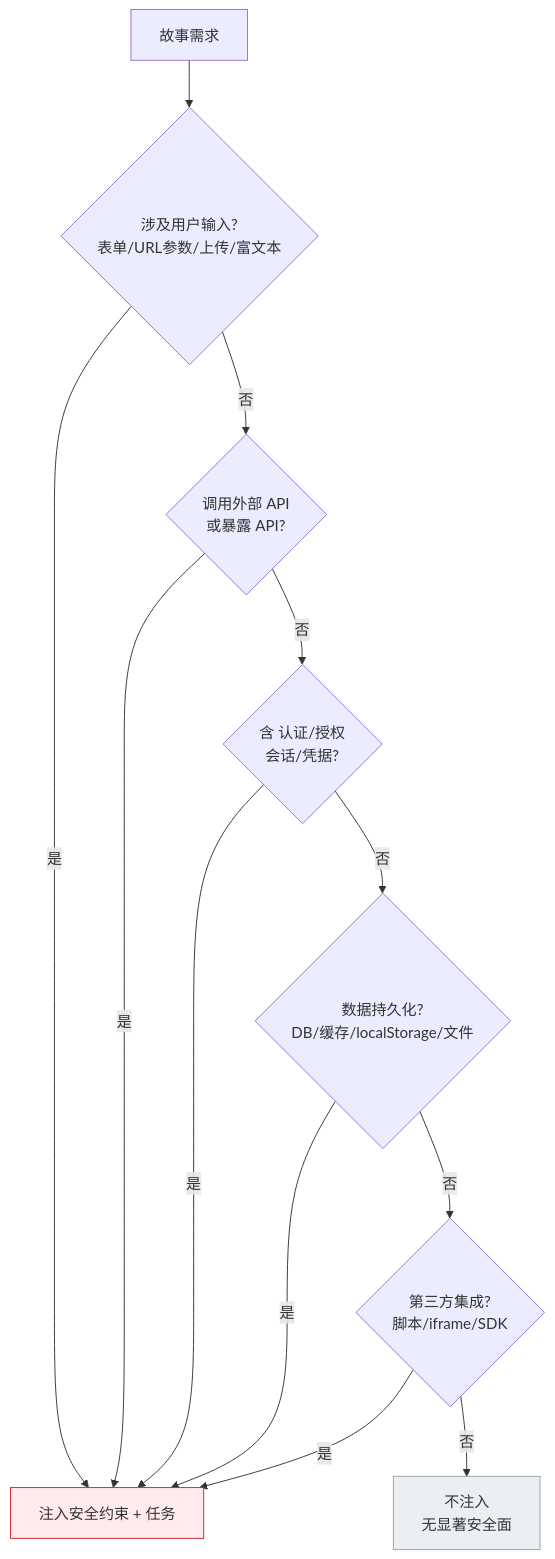
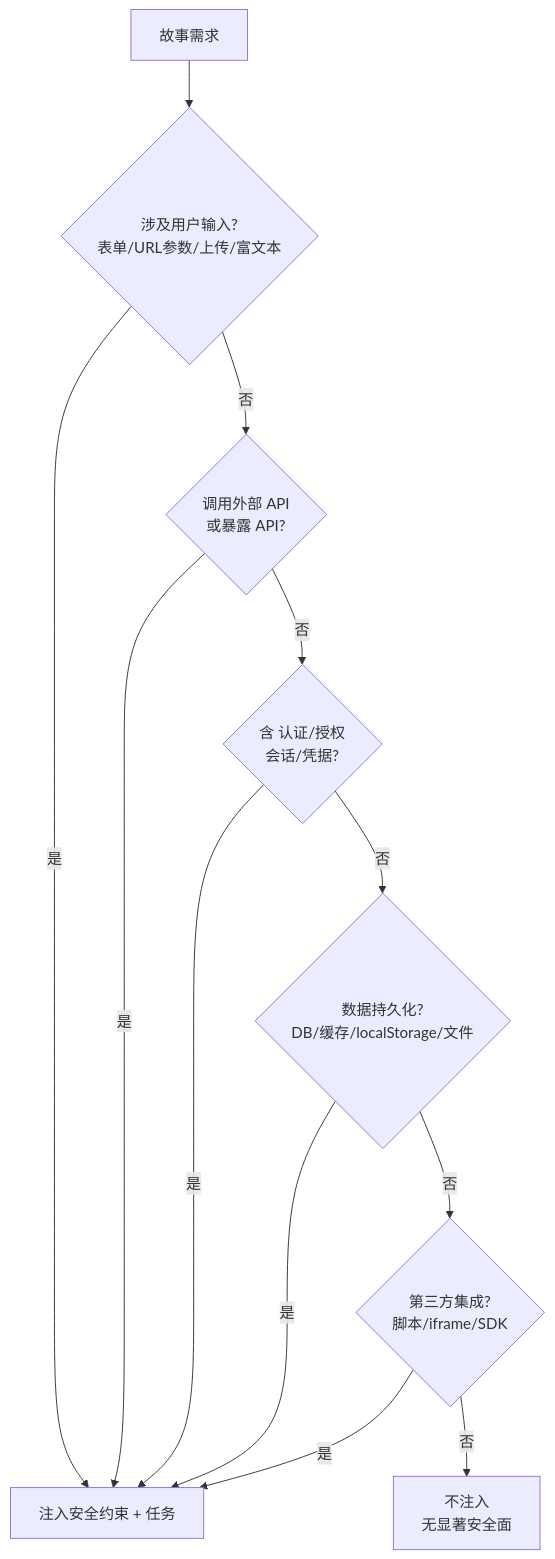
Before and after one commit to effiy/YrY: the second of 5 diagrams in agents/security.md, drawn with Mermaid. The commit also changed other lines of this file and 9 other files, not shown here.

````diff
--- a/agents/security.md
+++ b/agents/security.md
@@ -40,17 +34,15 @@
 ```mermaid
 flowchart TD
     STORY["故事需求"] --> C1{"涉及用户输入?<br/>表单/URL参数/上传/富文本"}
     C1 -->|是| INJ["注入安全约束 + 任务"]:::inj
     C1 -->|否| C2{"调用外部 API<br/>或暴露 API?"}
     C2 -->|是| INJ
     C2 -->|否| C3{"含 认证/授权<br/>会话/凭据?"}
     C3 -->|是| INJ
     C3 -->|否| C4{"数据持久化?<br/>DB/缓存/localStorage/文件"}
     C4 -->|是| INJ
     C4 -->|否| C5{"第三方集成?<br/>脚本/iframe/SDK"}
     C5 -->|是| INJ
     C5 -->|否| SKIP["不注入<br/>无显著安全面"]:::skip
 
-    classDef inj fill:#ffebee,stroke:#c62828;
-    classDef skip fill:#eceff1,stroke:#90a4ae;
 ```
````
